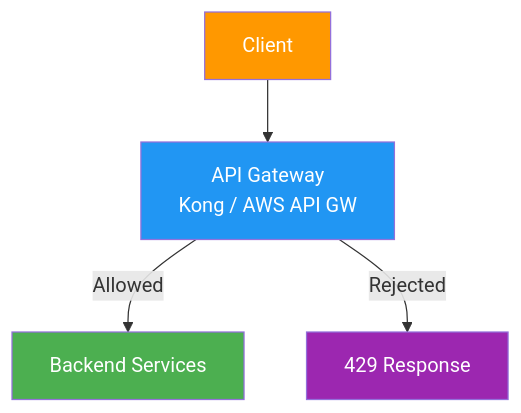
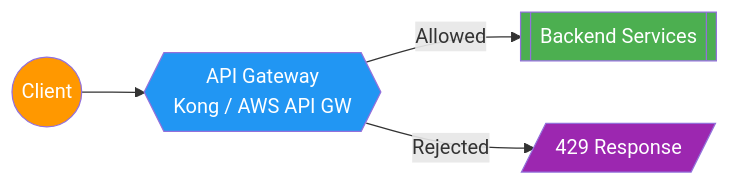
One commit to saivamsikaruturi/vamsilabs-dev-notes-main changed the seventh of 8 diagrams in docs/ratelimiting.md. Above: the diagram before and after it, drawn with Mermaid. The commit also changed other lines of this file and 146 other files, not shown here.

Commit message:
Horizontal diagrams, UML class diagrams, typography overhaul, and permalink cleanup

````diff
--- a/docs/ratelimiting.md
+++ b/docs/ratelimiting.md
@@ -333,11 +333,11 @@
 ```mermaid
-graph TD
+flowchart LR
     style A fill:#FF9800,color:#fff
     style B fill:#2196F3,color:#fff
     style C fill:#4CAF50,color:#fff
     style D fill:#9C27B0,color:#fff
 
-    A[Client] --> B[API Gateway<br/>Kong / AWS API GW]
-    B -->|Allowed| C[Backend Services]
-    B -->|Rejected| D[429 Response]
+    A(("Client")) --> B{{"API Gateway<br/>Kong / AWS API GW"}}
+    B -->|Allowed| C[["Backend Services"]]
+    B -->|Rejected| D[/"429 Response"/]
 ```
````
